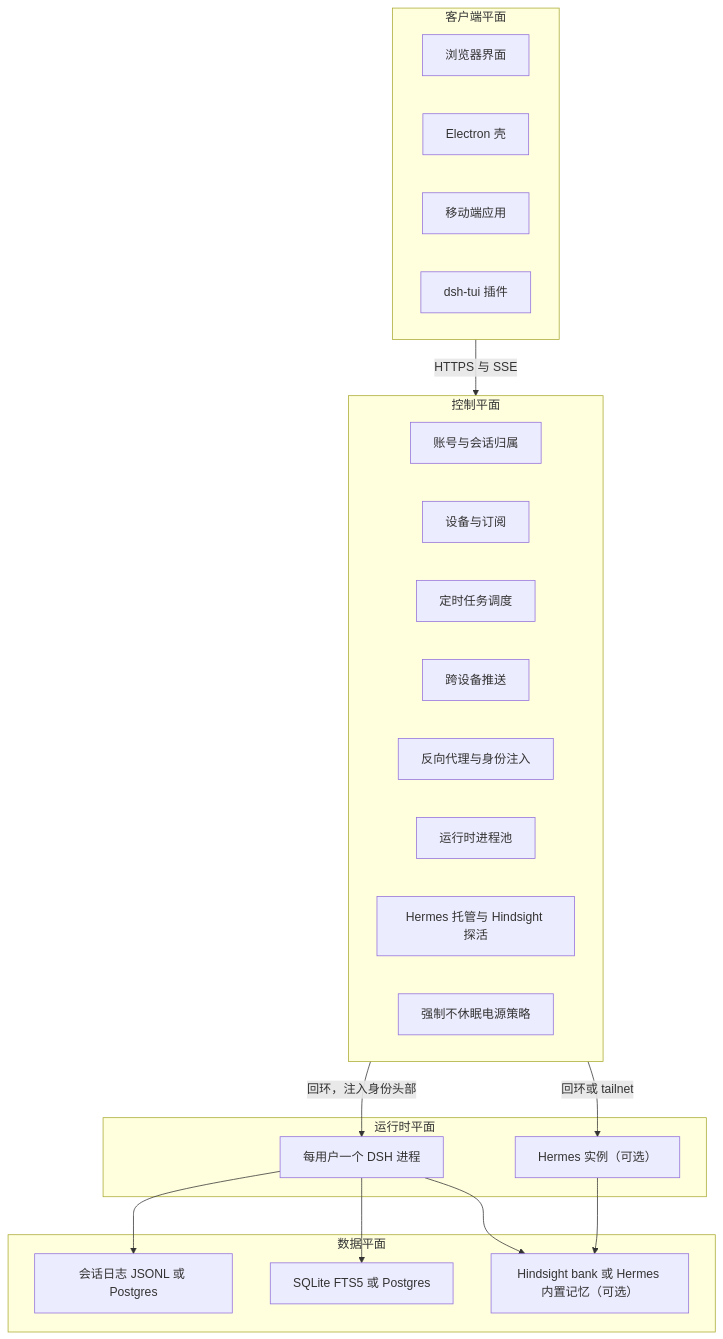
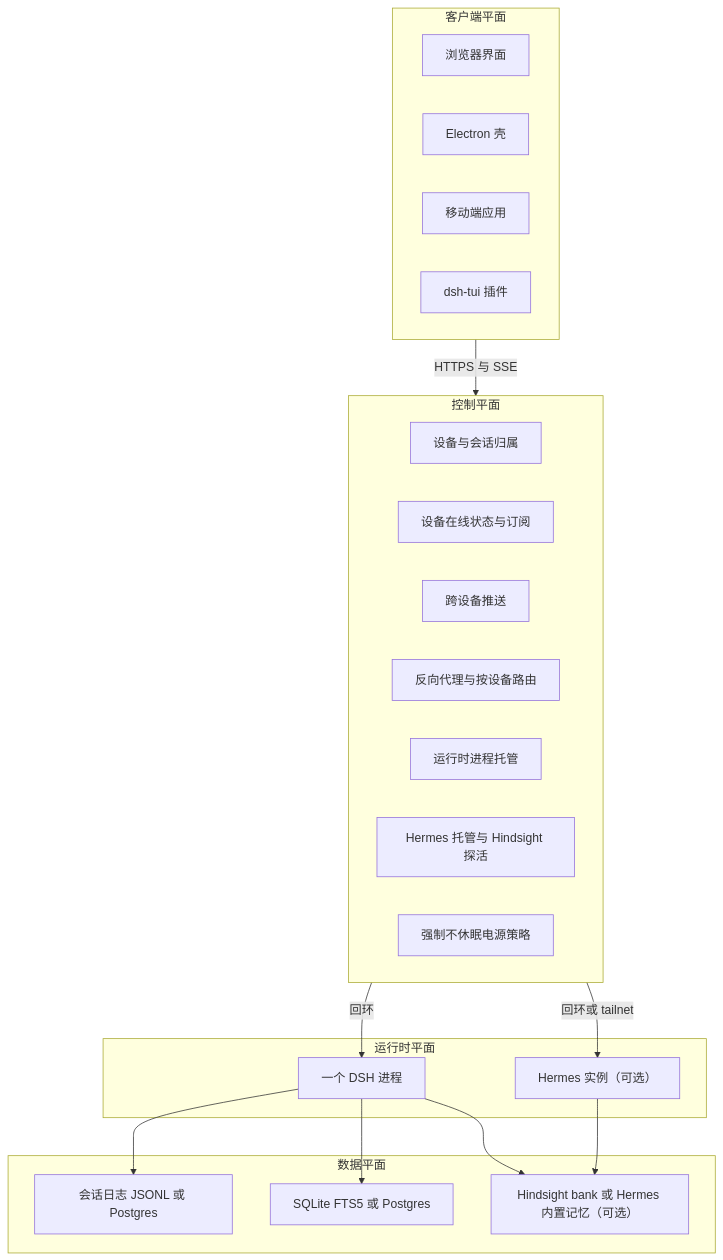
Before and after one commit to wenzetan/chatdsh: the first of 2 diagrams in runtime/docs/architecture.md, drawn with Mermaid. The commit also changed other lines of this file and 144 other files, not shown here.

````diff
--- a/runtime/docs/architecture.md
+++ b/runtime/docs/architecture.md
@@ -168,35 +168,34 @@
 ```mermaid
 flowchart TB
   subgraph C[客户端平面]
     B[浏览器界面]
     E[Electron 壳]
     M[移动端应用]
     T[dsh-tui 插件]
   end
   subgraph P[控制平面]
-    ACC[账号与会话归属]
-    DEV[设备与订阅]
-    SCH[定时任务调度]
+    ACC[设备与会话归属]
+    DEV[设备在线状态与订阅]
     PUSH[跨设备推送]
-    PROXY[反向代理与身份注入]
-    POOL[运行时进程池]
+    PROXY[反向代理与按设备路由]
+    POOL[运行时进程托管]
     SUP[Hermes 托管与 Hindsight 探活]
     POWER[强制不休眠电源策略]
   end
   subgraph R[运行时平面]
-    RT[每用户一个 DSH 进程]
+    RT[一个 DSH 进程]
     HS[Hermes 实例（可选）]
   end
   subgraph D[数据平面]
     LOG[会话日志 JSONL 或 Postgres]
     IDX[SQLite FTS5 或 Postgres]
     MEM[Hindsight bank 或 Hermes 内置记忆（可选）]
   end
   C -->|HTTPS 与 SSE| P
-  P -->|回环，注入身份头部| RT
+  P -->|回环| RT
   P -->|回环或 tailnet| HS
   RT --> LOG
   RT --> IDX
   RT --> MEM
   HS --> MEM
 ```
````
